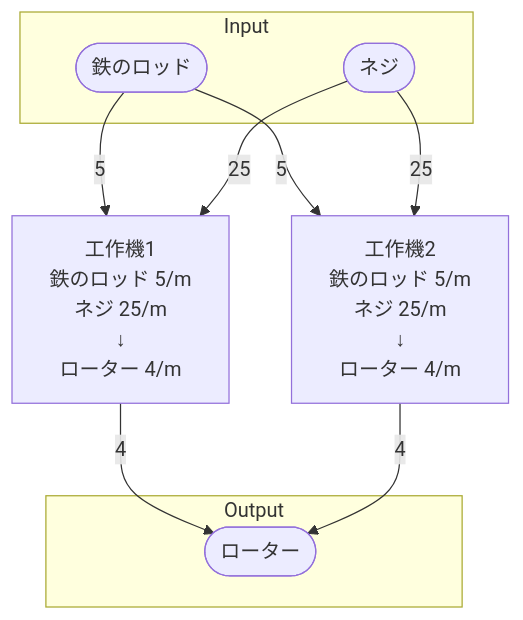
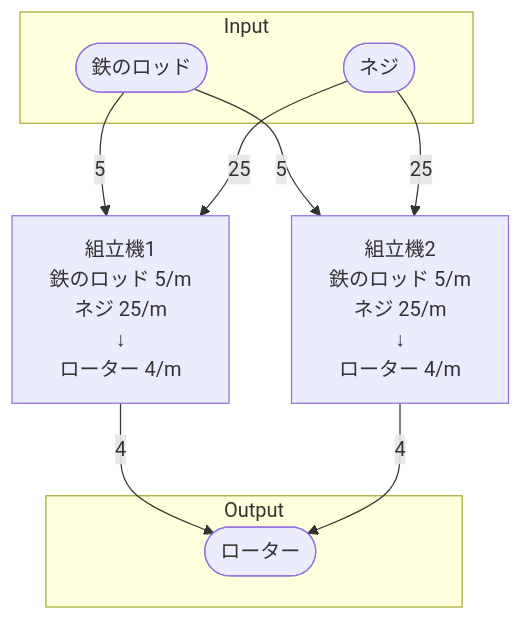
The diagram in 40_FactoryBuilding/初期一時鉄のロッド工場/40_個別製造ライン設計書/個別製造ライン設計書_ローター製造ライン.md (Suzuran-Amano/SatisfactoryTaskEfficiency), drawn with Mermaid before and after one commit. The commit also changed other lines of this file and 288 other files, not shown here.

````diff
--- a/40_FactoryBuilding/初期一時鉄のロッド工場/40_個別製造ライン設計書/個別製造ライン設計書_ローター製造ライン.md
+++ b/40_FactoryBuilding/初期一時鉄のロッド工場/40_個別製造ライン設計書/個別製造ライン設計書_ローター製造ライン.md
@@ -19,35 +21,35 @@
 ```mermaid
 flowchart TD
 
 subgraph Input
     鉄のロッド([鉄のロッド])
     ネジ([ネジ])
 end
 
-工作機1[
-    工作機1
+組立機1[
+    組立機1
     鉄のロッド 5/m
     ネジ 25/m
     ↓
     ローター 4/m
 ]
 
-工作機2[
-    工作機2
+組立機2[
+    組立機2
     鉄のロッド 5/m
     ネジ 25/m
     ↓
     ローター 4/m
 ]
 
 subgraph Output
     ローター([ローター])
 end
 
-鉄のロッド-->|5|工作機1
-ネジ-->|25|工作機1
-工作機1-->|4|ローター
-鉄のロッド-->|5|工作機2
-ネジ-->|25|工作機2
-工作機2-->|4|ローター
+鉄のロッド-->|5|組立機1
+ネジ-->|25|組立機1
+組立機1-->|4|ローター
+鉄のロッド-->|5|組立機2
+ネジ-->|25|組立機2
+組立機2-->|4|ローター
 ```
````
